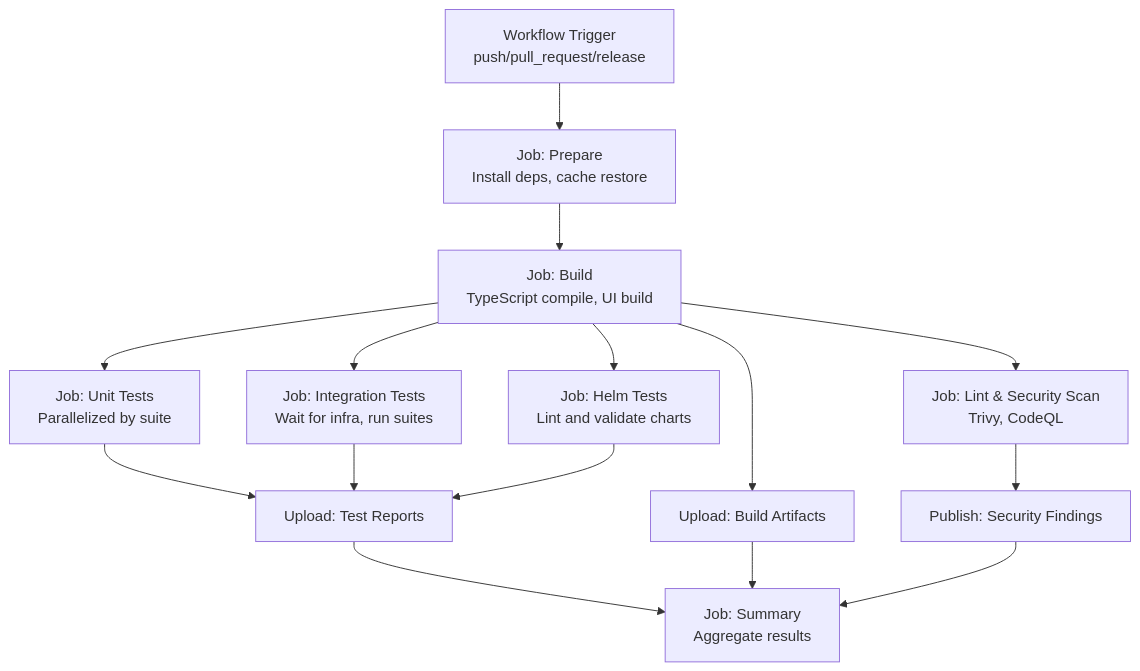
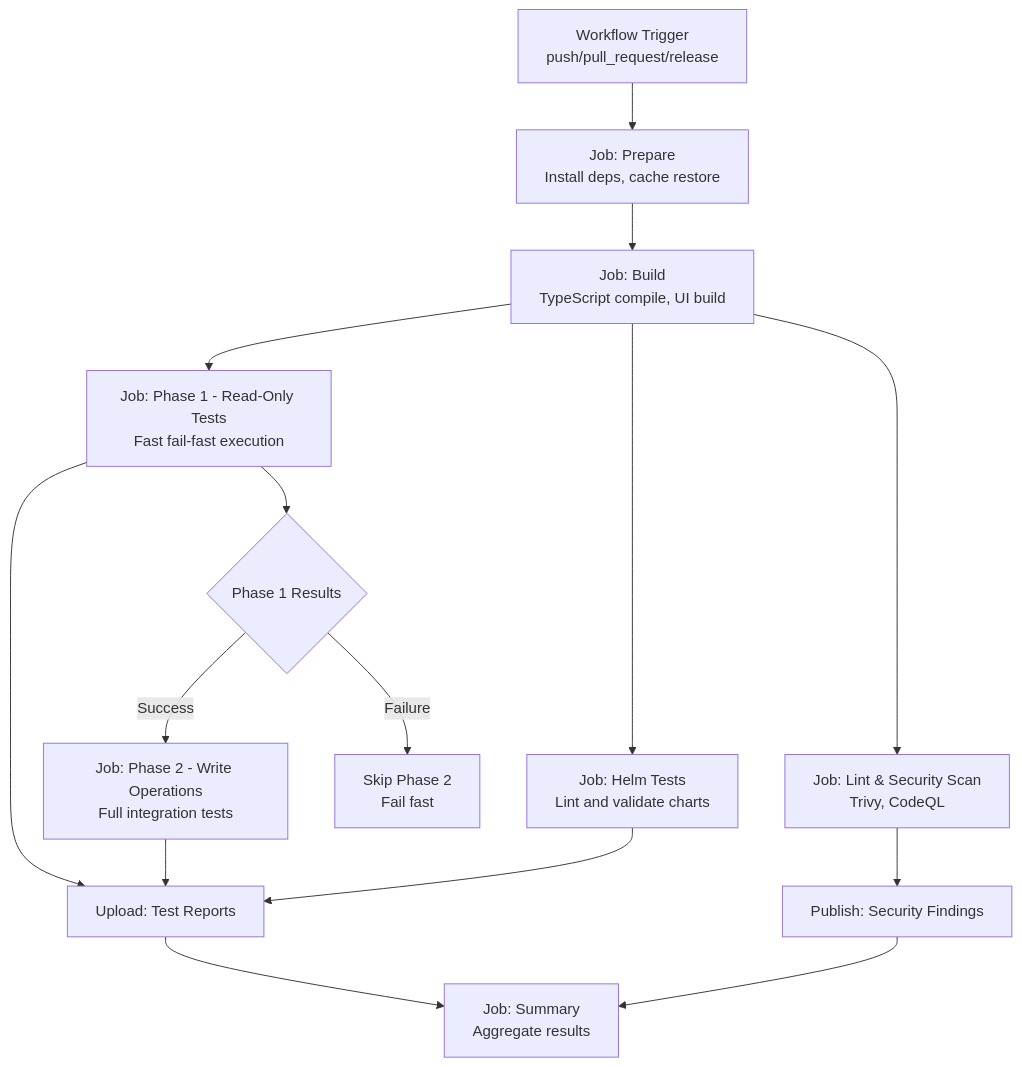
The second of 12 diagrams in .qoder/repowiki/en/content/Testing and Quality Assurance/Continuous Integration and Automation.md (debian777/kairos-mcp), drawn with Mermaid before and after one commit. The commit also changed other lines of this file and 7 other files, not shown here.

````diff
--- a/.qoder/repowiki/en/content/Testing and Quality Assurance/Continuous Integration and Automation.md
+++ b/.qoder/repowiki/en/content/Testing and Quality Assurance/Continuous Integration and Automation.md
@@ -199,17 +216,17 @@
 ```mermaid
 graph TB
 A["Workflow Trigger<br/>push/pull_request/release"] --> B["Job: Prepare<br/>Install deps, cache restore"]
 B --> C["Job: Build<br/>TypeScript compile, UI build"]
 C --> D["Job: Lint & Security Scan<br/>Trivy, CodeQL"]
-C --> E["Job: Unit Tests<br/>Parallelized by suite"]
-C --> F["Job: Integration Tests<br/>Wait for infra, run suites"]
-C --> G["Job: Helm Tests<br/>Lint and validate charts"]
-E --> H["Upload: Test Reports"]
-F --> H
-G --> H
-C --> I["Upload: Build Artifacts"]
-D --> J["Publish: Security Findings"]
-H --> K["Job: Summary<br/>Aggregate results"]
-I --> K
-J --> K
+C --> E["Job: Phase 1 - Read-Only Tests<br/>Fast fail-fast execution"]
+E --> F{"Phase 1 Results"}
+F --> |Success| G["Job: Phase 2 - Write Operations<br/>Full integration tests"]
+F --> |Failure| H["Skip Phase 2<br/>Fail fast"]
+C --> I["Job: Helm Tests<br/>Lint and validate charts"]
+E --> J["Upload: Test Reports"]
+G --> J
+I --> J
+D --> K["Publish: Security Findings"]
+J --> L["Job: Summary<br/>Aggregate results"]
+K --> L
 ```
````
